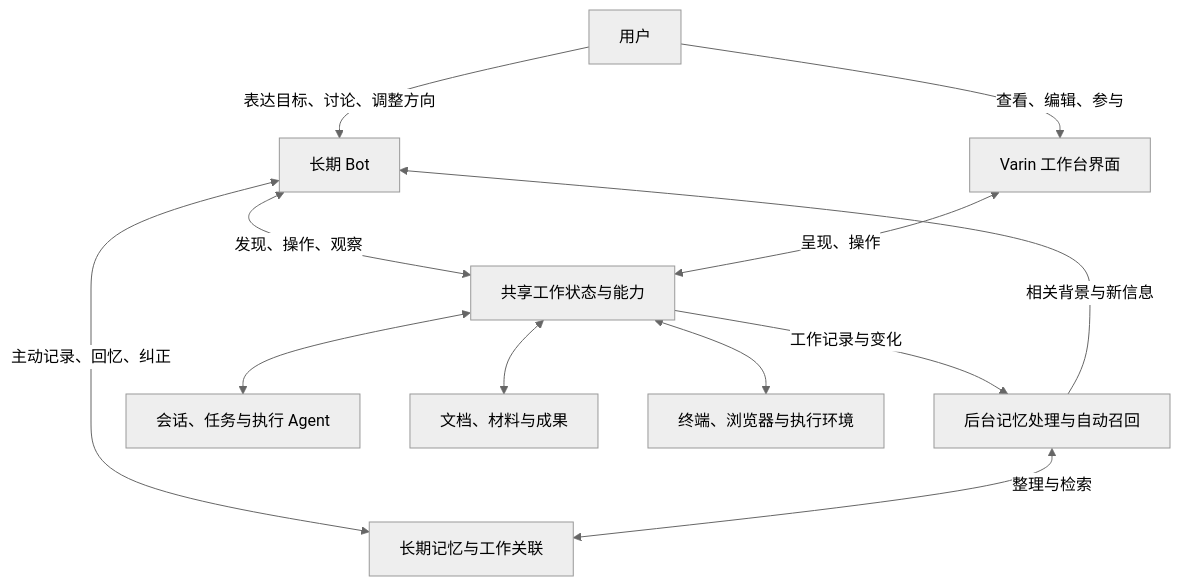
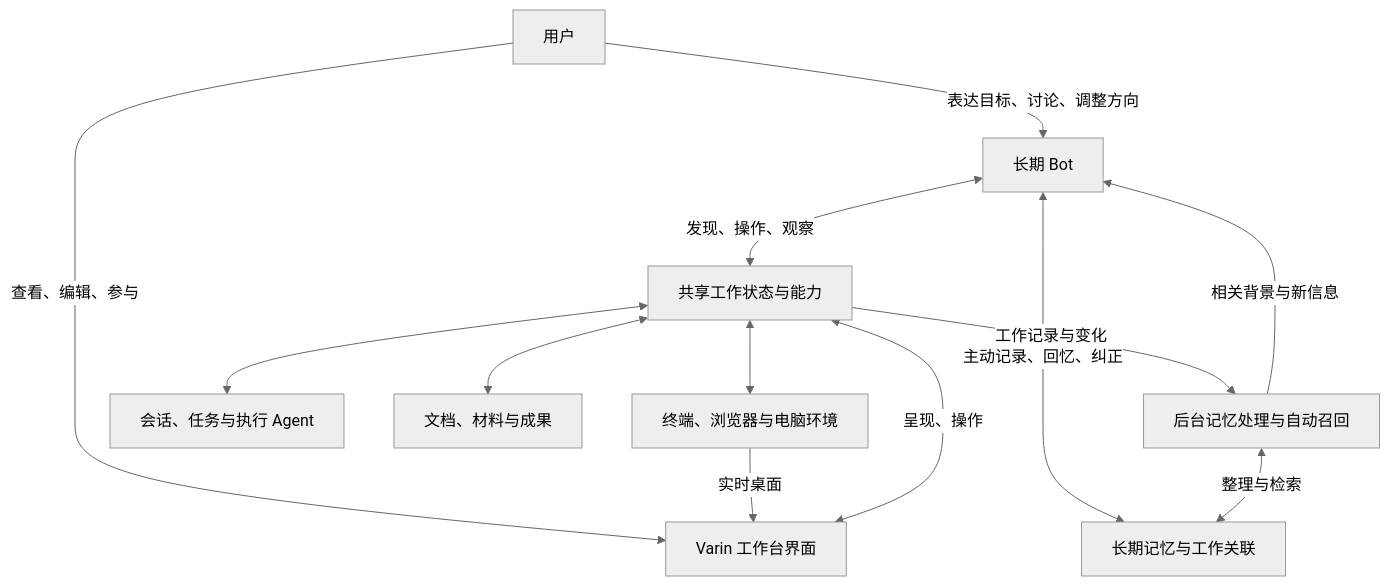
One commit to Youzini-afk/Varin changed the diagram in docs/design/bot-operated-workbench-design.md. Above: the diagram before and after it, drawn with Mermaid (neutral theme). The commit also changed other lines of this file and 3 other files, not shown here.

````diff
--- a/docs/design/bot-operated-workbench-design.md
+++ b/docs/design/bot-operated-workbench-design.md
@@ -48,14 +51,15 @@
 ```mermaid
 flowchart TB
     U[用户] -->|表达目标、讨论、调整方向| B[长期 Bot]
     U -->|查看、编辑、参与| V[Varin 工作台界面]
     B <-->|主动记录、回忆、纠正| M[长期记忆与工作关联]
     B <-->|发现、操作、观察| W[共享工作状态与能力]
     V <-->|呈现、操作| W
     W -->|工作记录与变化| A[后台记忆处理与自动召回]
     A <-->|整理与检索| M
     A -->|相关背景与新信息| B
     W <--> T[会话、任务与执行 Agent]
     W <--> R[文档、材料与成果]
-    W <--> E[终端、浏览器与执行环境]
+    W <--> E[终端、浏览器与电脑环境]
+    E -->|实时桌面| V
 ```
````
